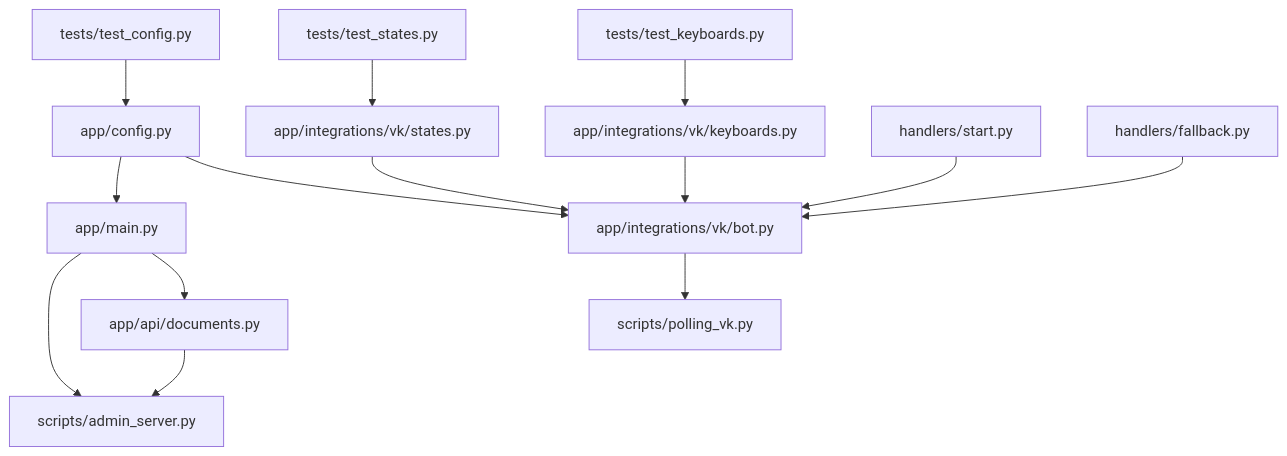
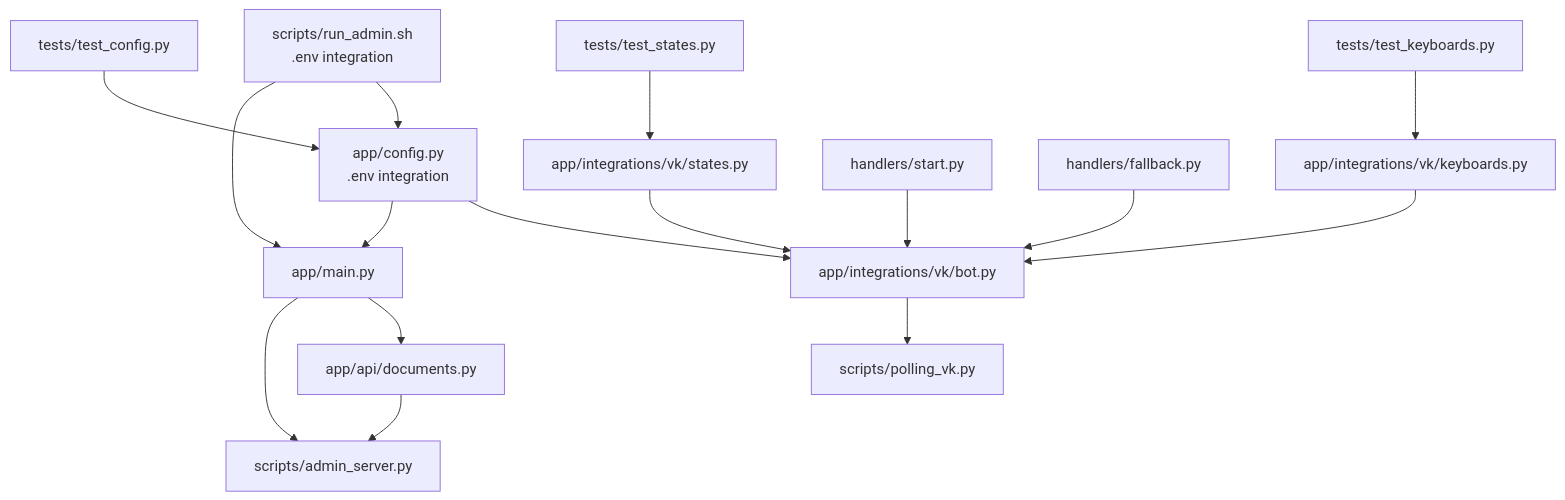
One commit to ognelis/cafetera_hr_bot changed the fifth of 5 diagrams in .qoder/repowiki/en/content/Development Workflow/Development Workflow.md. Above: the diagram before and after it, drawn with Mermaid. The commit also changed other lines of this file and 2 other files, not shown here.

````diff
--- a/.qoder/repowiki/en/content/Development Workflow/Development Workflow.md
+++ b/.qoder/repowiki/en/content/Development Workflow/Development Workflow.md
@@ -397,16 +452,18 @@
 ```mermaid
 graph TD
-CFG["app/config.py"] --> BOT["app/integrations/vk/bot.py"]
+CFG["app/config.py<br/>.env integration"] --> BOT["app/integrations/vk/bot.py"]
 CFG --> MAIN["app/main.py"]
+RUNADMIN["scripts/run_admin.sh<br/>.env integration"] --> CFG
+RUNADMIN --> MAIN
 MAIN --> DOCSAPI["app/api/documents.py"]
 KEY["app/integrations/vk/keyboards.py"] --> BOT
 STAT["app/integrations/vk/states.py"] --> BOT
 START["handlers/start.py"] --> BOT
 FALL["handlers/fallback.py"] --> BOT
 BOT --> POLL["scripts/polling_vk.py"]
 MAIN --> ADMINSRV["scripts/admin_server.py"]
 DOCSAPI --> ADMINSRV
 TCFG["tests/test_config.py"] --> CFG
 TKEY["tests/test_keyboards.py"] --> KEY
 TSTAT["tests/test_states.py"] --> STAT
 ```
````
